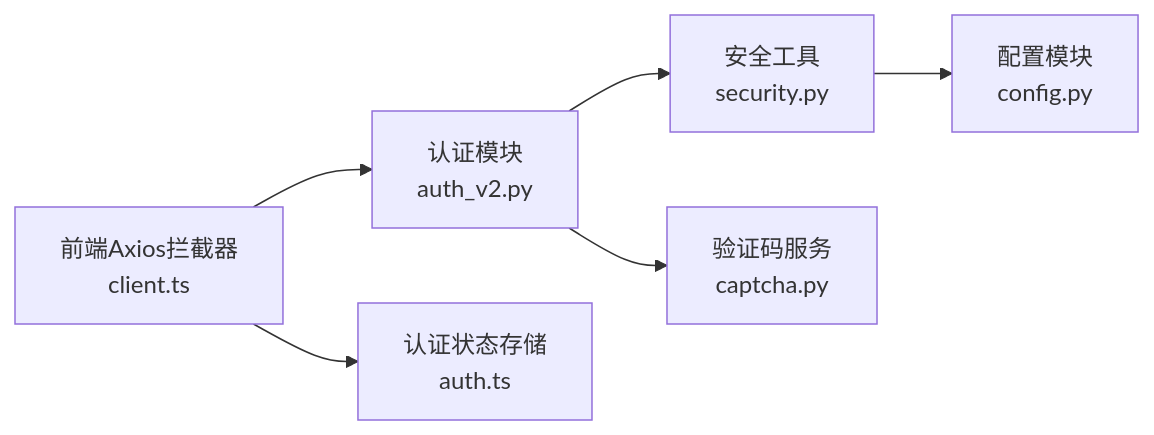
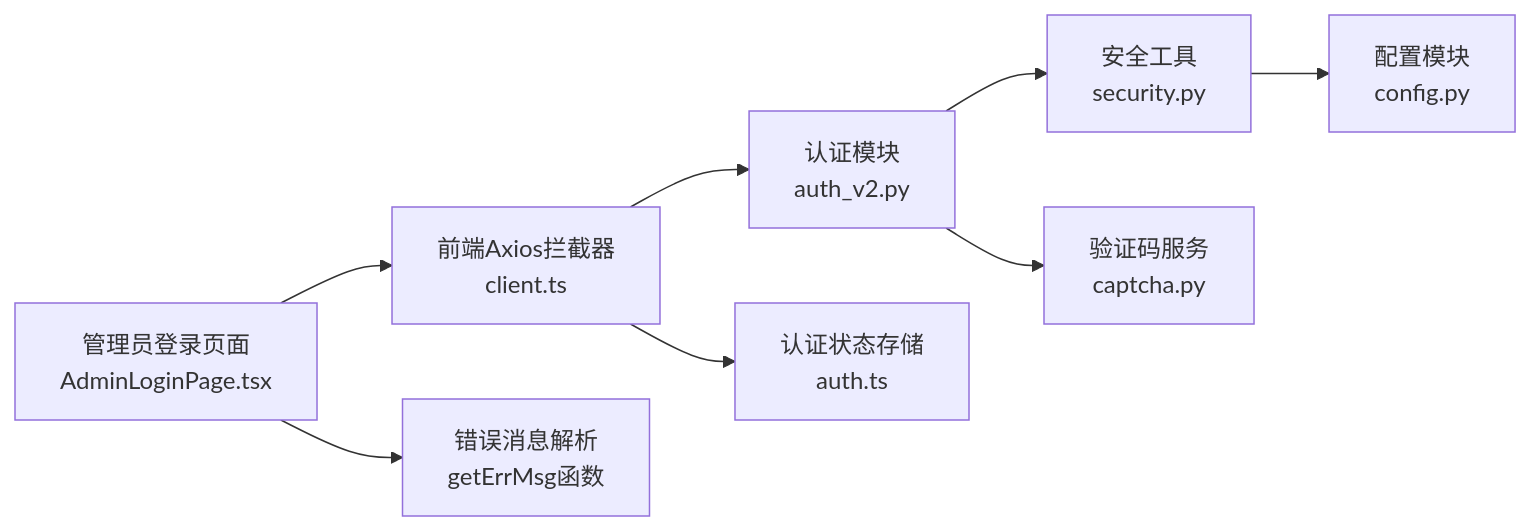
Before and after one commit to Miyuan2018/ruicheng-edu-system: the fourth of 5 diagrams in .qoder/repowiki/zh/content/API接口文档/认证API.md, drawn with Mermaid. The commit also changed other lines of this file and 6 other files, not shown here.

````diff
--- a/.qoder/repowiki/zh/content/API接口文档/认证API.md
+++ b/.qoder/repowiki/zh/content/API接口文档/认证API.md
@@ -384,8 +432,10 @@
 ```mermaid
 graph LR
 AUTH["认证模块<br/>auth_v2.py"] --> SEC["安全工具<br/>security.py"]
 AUTH --> CAP["验证码服务<br/>captcha.py"]
 SEC --> CFG["配置模块<br/>config.py"]
 FE["前端Axios拦截器<br/>client.ts"] --> AUTH
 FE --> STORE["认证状态存储<br/>auth.ts"]
+ALP["管理员登录页面<br/>AdminLoginPage.tsx"] --> FE
+ALP --> ERR["错误消息解析<br/>getErrMsg函数"]
 ```
````
